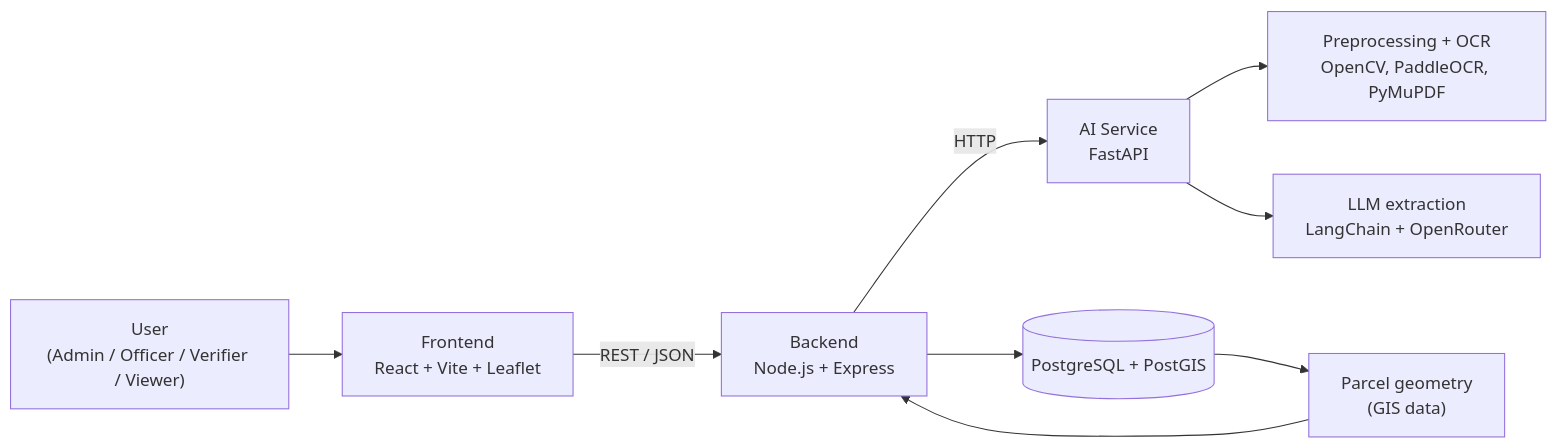
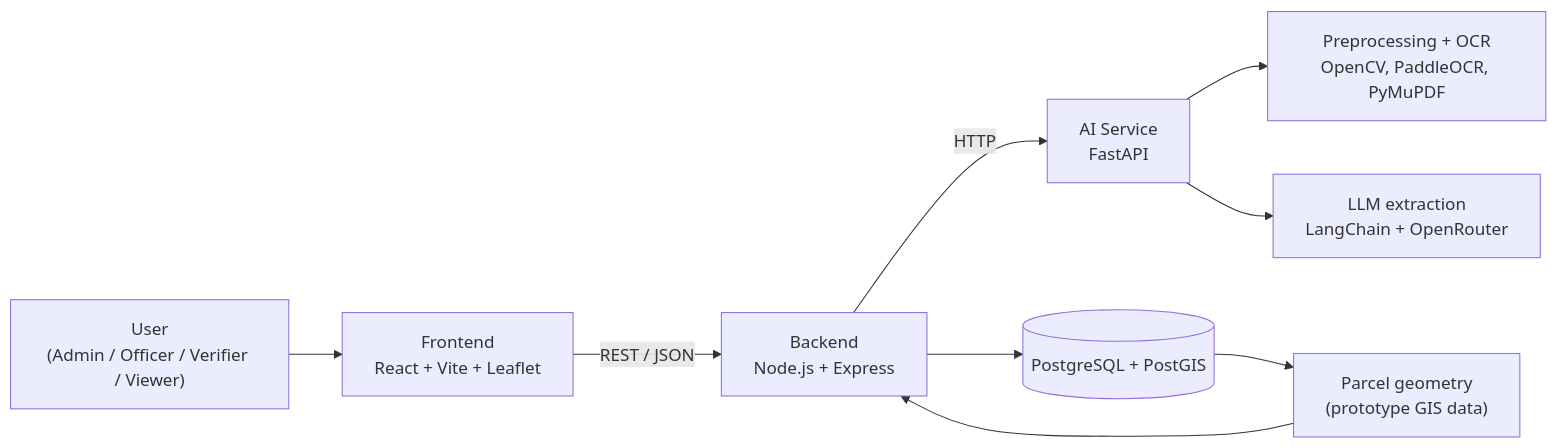
One commit to aryan24cse109-dev/intellilandAI changed the first of 6 diagrams in README.md. Above: the diagram before and after it, drawn with Mermaid. The commit also changed other lines of this file, not shown here.

````diff
--- a/README.md
+++ b/README.md
@@ -173,11 +179,11 @@
 ```mermaid
 flowchart LR
     U["User<br/>(Admin / Officer / Verifier / Viewer)"] --> FE["Frontend<br/>React + Vite + Leaflet"]
     FE -->|"REST / JSON"| BE["Backend<br/>Node.js + Express"]
     BE -->|"HTTP"| AI["AI Service<br/>FastAPI"]
     AI --> OCR["Preprocessing + OCR<br/>OpenCV, PaddleOCR, PyMuPDF"]
     AI --> LLM["LLM extraction<br/>LangChain + OpenRouter"]
     BE --> DB[("PostgreSQL + PostGIS")]
-    DB --> GIS["Parcel geometry<br/>(GIS data)"]
+    DB --> GIS["Parcel geometry<br/>(prototype GIS data)"]
     GIS --> BE
 ```
````
